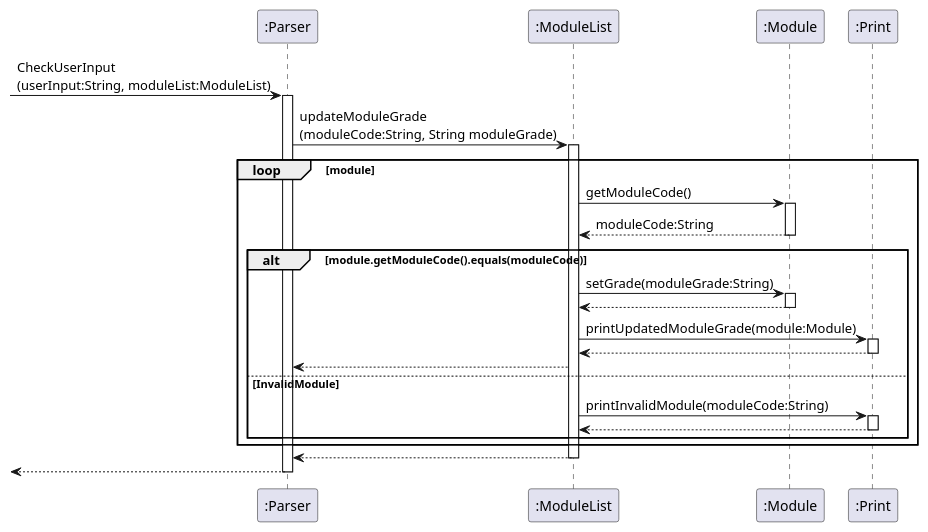
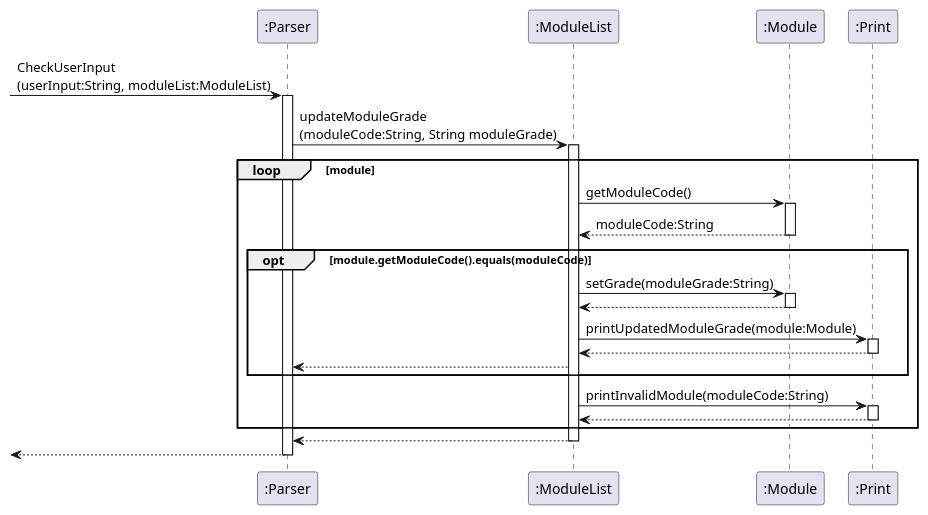
The diagram in docs/diagrams/GradeCommand.puml (saintzaw/tp), drawn with PlantUML before and after one commit. The commit also changed 4 other files, not shown here.

Commit message:
Edit DG diagrams

```diff
--- a/docs/diagrams/GradeCommand.puml
+++ b/docs/diagrams/GradeCommand.puml
@@ -1,38 +1,39 @@
 @startuml
 
 participant ":Parser" as Parser
 participant ":ModuleList" as ML
 participant ":Module" as Mod
 participant ":Print" as Print
 [->Parser : CheckUserInput\n(userInput:String, moduleList:ModuleList)
 activate Parser
 Parser->ML : updateModuleGrade\n(moduleCode:String, String moduleGrade)
 activate ML
 loop module
     ML -> Mod : getModuleCode()
     activate Mod
     Mod --> ML : moduleCode:String
     deactivate Mod
-    alt module.getModuleCode().equals(moduleCode)
+    opt module.getModuleCode().equals(moduleCode)
         ML -> Mod : setGrade(moduleGrade:String)
         activate Mod
         Mod --> ML
         deactivate Mod
         ML -> Print : printUpdatedModuleGrade(module:Module)
         activate Print
         Print --> ML
         deactivate Print
         ML --> Parser
-    else InvalidModule
+    end
+
         ML -> Print : printInvalidModule(moduleCode:String)
         activate Print
         Print --> ML
         deactivate Print
-    end
+
 end
 ML --> Parser
 deactivate ML
 Parser-->[
 deactivate Parser
 
 @enduml
```
